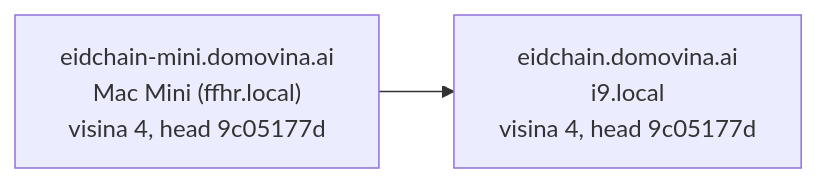
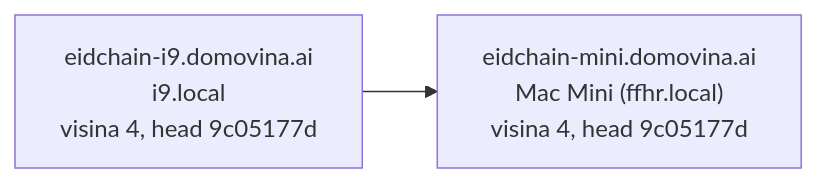
Before and after one commit to stepanic/eidchain: the first of 2 diagrams in docs/chain-map.md, drawn with Mermaid. The commit also changed other lines of this file and 8 other files, not shown here.

````diff
--- a/docs/chain-map.md
+++ b/docs/chain-map.md
@@ -15,6 +15,6 @@
 ```mermaid
 flowchart LR
-  https___eidchain_domovina_ai_chain["eidchain.domovina.ai<br/>i9.local<br/>visina 4, head 9c05177d"]
+  https___eidchain_i9_domovina_ai_chain["eidchain-i9.domovina.ai<br/>i9.local<br/>visina 4, head 9c05177d"]
   https___eidchain_mini_domovina_ai_chain["eidchain-mini.domovina.ai<br/>Mac Mini (ffhr.local)<br/>visina 4, head 9c05177d"]
-  https___eidchain_mini_domovina_ai_chain --> https___eidchain_domovina_ai_chain
+  https___eidchain_i9_domovina_ai_chain --> https___eidchain_mini_domovina_ai_chain
 ```
````
